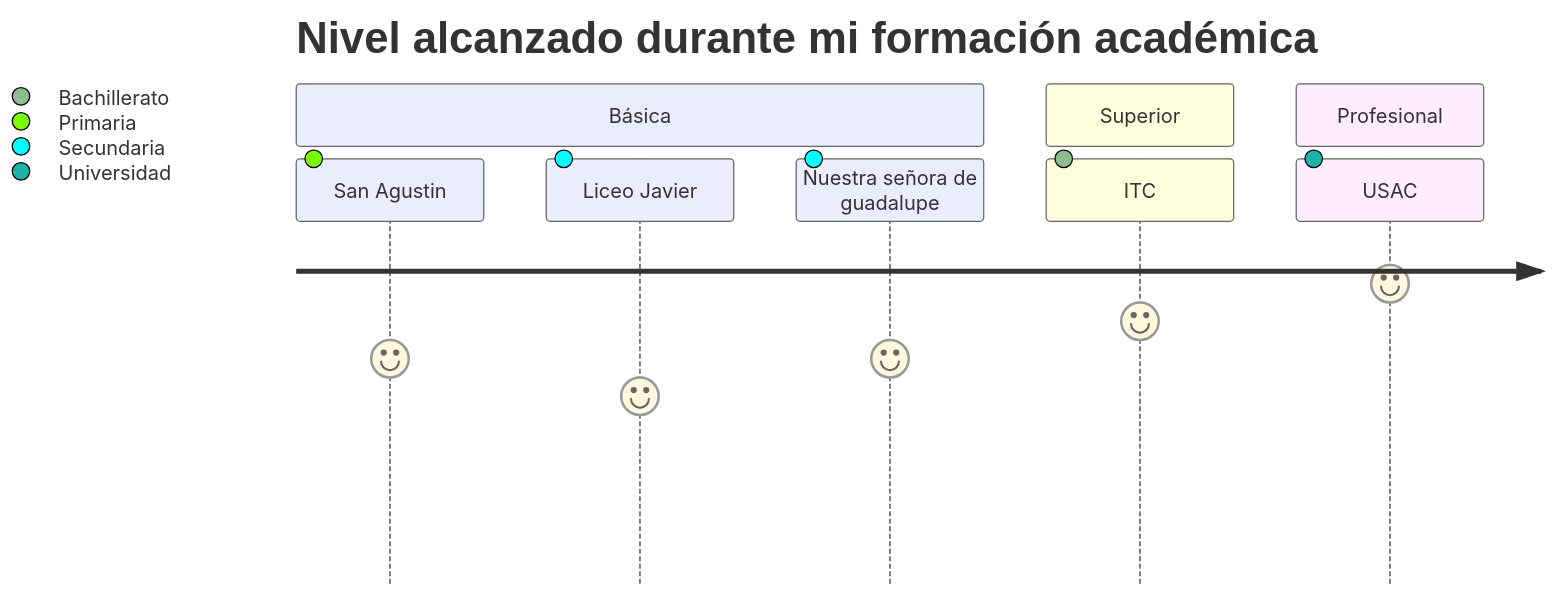
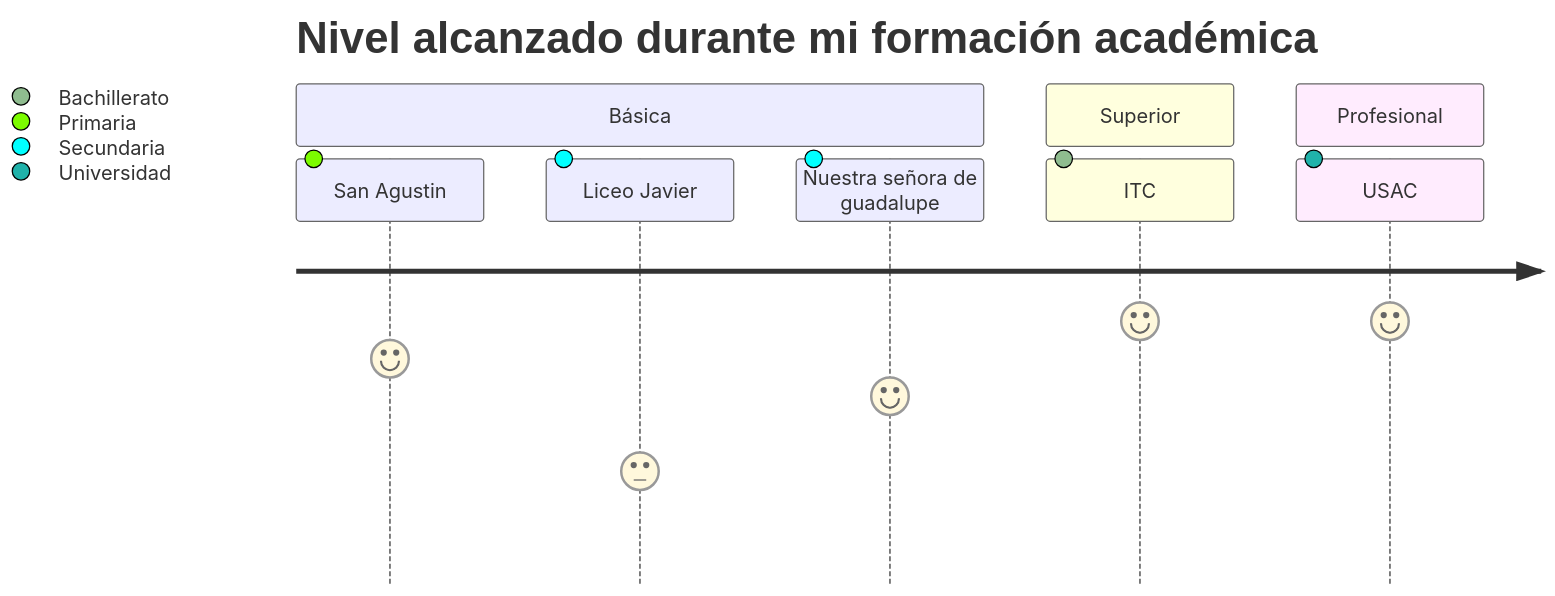
One commit to Bluevipe21/bluevipe21.github.io changed the diagram in generic.md. Above: the diagram before and after it, drawn with Mermaid.

````diff
--- a/generic.md
+++ b/generic.md
@@ -38,12 +38,12 @@
 ```mermaid
 journey
     title Nivel alcanzado durante mi formación académica
     section Básica
       San Agustin: 6: Primaria
-      Liceo Javier: 5: Secundaria
-      Nuestra señora de guadalupe: 6: Secundaria
+      Liceo Javier: 3: Secundaria
+      Nuestra señora de guadalupe: 5: Secundaria
     section Superior
       ITC: 7: Bachillerato
     section Profesional
-      USAC: 8: Universidad
+      USAC: 7: Universidad
 ```
````
